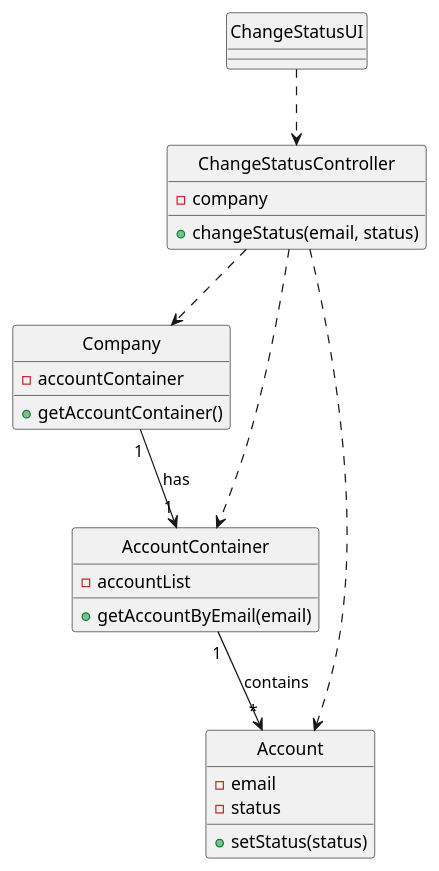
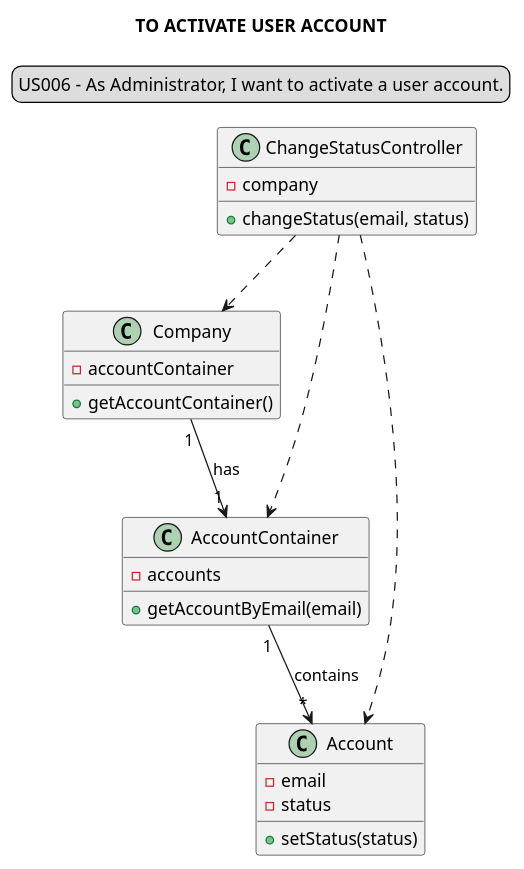
One commit to Loracline/project_switch_22-23 changed the diagram in docs/modelling_design/user_stories/us006/US006_classDiagram.puml. Above: the diagram before and after it, drawn with PlantUML. The commit also changed 40 other files, not shown here.

Commit message:
Class Diagram | Final update before Sprint Review #1

```diff
--- a/docs/modelling_design/user_stories/us006/US006_classDiagram.puml
+++ b/docs/modelling_design/user_stories/us006/US006_classDiagram.puml
@@ -1,43 +1,36 @@
 @startuml
 
-class "ChangeStatusUI" as CSUI
-class "ChangeStatusController" as CSC
-class "Company" as company
-class "AccountContainer" as container
-class "Account" as account
+legend top
+US006 - As Administrator, I want to activate a user account.
+end legend
+skinparam sequenceMessageAlign center
+title TO ACTIVATE USER ACCOUNT
 
-"CSUI" ..> "CSC"
-"CSC"  ..> "company"
-"CSC" ..> "container"
-"CSC" ..> "account"
-"company" "1"-->"1" "container": has
-"container" "1"-->"*" "account": contains
+"ChangeStatusController" ..> "Company"
+"ChangeStatusController" ..> "AccountContainer"
+"ChangeStatusController" ..> "Account"
+"Company" "1"-->"1" "AccountContainer": has
+"AccountContainer" "1"-->"*" "Account": contains
 
-hide "CSUI" circle
-hide "CSC" circle
-hide "company" circle
-hide "container" circle
-hide "account" circle
-
-class "CSC" {
+class "ChangeStatusController" {
 -company
 +changeStatus(email, status)
 }
 
-class "company" {
+class "Company" {
 -accountContainer
 +getAccountContainer()
 }
 
-class "container" {
--accountList
+class "AccountContainer" {
+-accounts
 +getAccountByEmail(email)
 }
 
-class "account" {
+class "Account" {
 -email
 -status
 +setStatus(status)
 }
 
 @enduml
```
